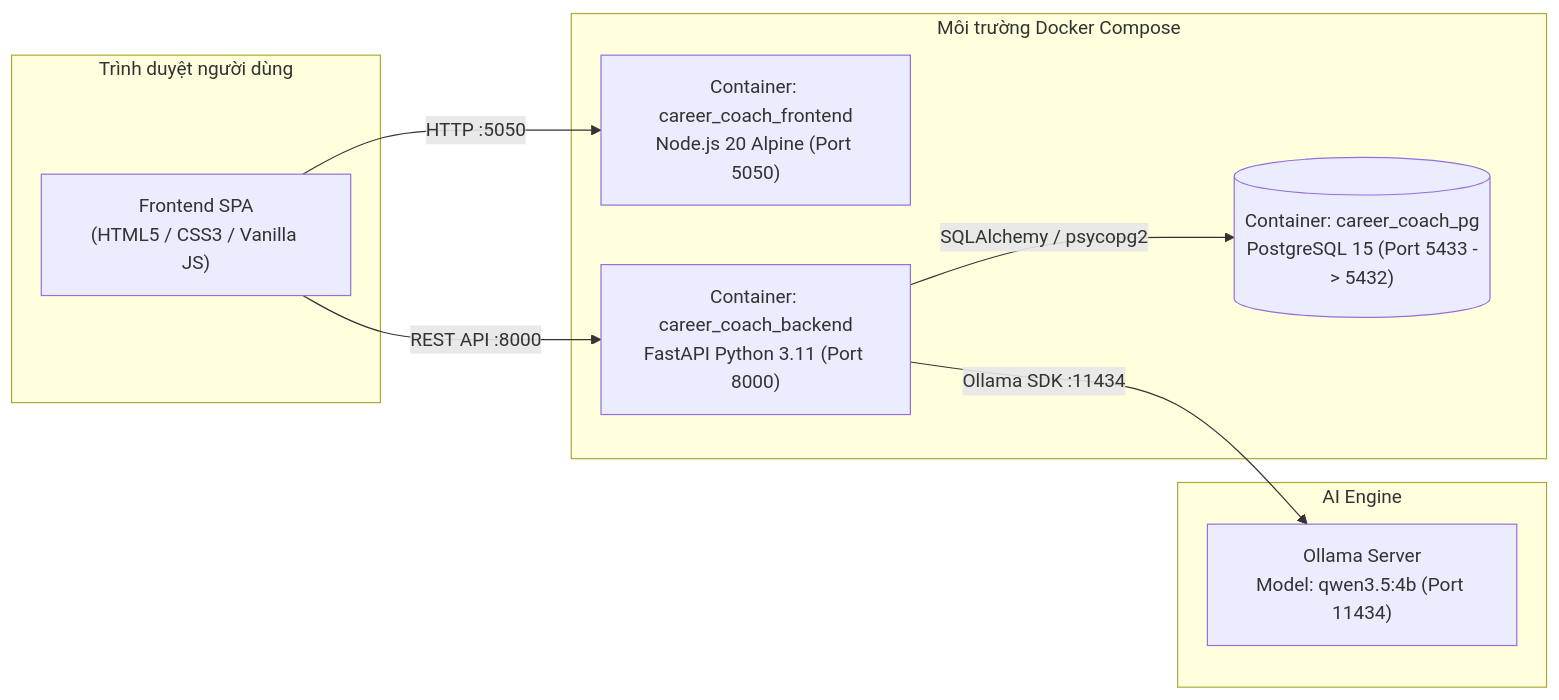
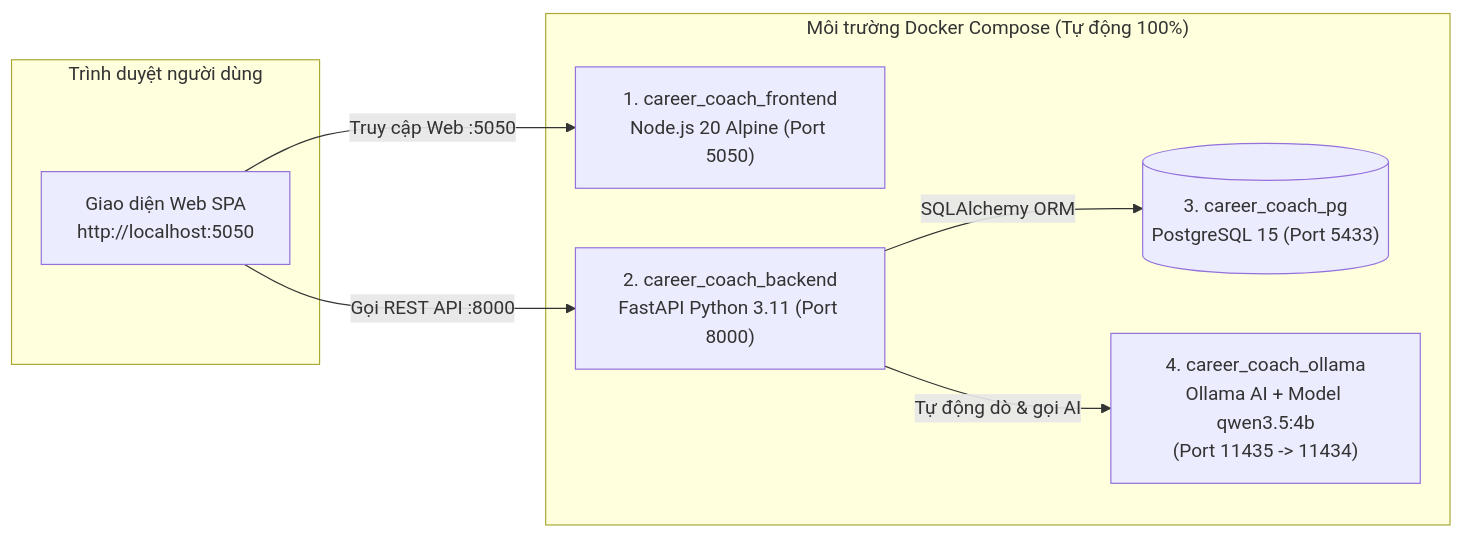
One commit to 1305Thach2006/ccccc changed the diagram in README.md. Above: the diagram before and after it, drawn with Mermaid. The commit also changed other lines of this file and 4 other files, not shown here.

````diff
--- a/README.md
+++ b/README.md
@@ -31,21 +33,18 @@
 ```mermaid
 flowchart LR
     subgraph Client["Trình duyệt người dùng"]
-        UI["Frontend SPA\n(HTML5 / CSS3 / Vanilla JS)"]
+        UI["Giao diện Web SPA\nhttp://localhost:5050"]
     end
 
-    subgraph Docker["Môi trường Docker Compose"]
-        FE["Container: career_coach_frontend\nNode.js 20 Alpine (Port 5050)"]
-        BE["Container: career_coach_backend\nFastAPI Python 3.11 (Port 8000)"]
-        DB[("Container: career_coach_pg\nPostgreSQL 15 (Port 5433 -> 5432)")]
+    subgraph Docker["Môi trường Docker Compose (Tự động 100%)"]
+        FE["1. career_coach_frontend\nNode.js 20 Alpine (Port 5050)"]
+        BE["2. career_coach_backend\nFastAPI Python 3.11 (Port 8000)"]
+        DB[("3. career_coach_pg\nPostgreSQL 15 (Port 5433)")]
+        AI["4. career_coach_ollama\nOllama AI + Model qwen3.5:4b\n(Port 11435 -> 11434)"]
     end
 
-    subgraph AI["AI Engine"]
-        OLLAMA["Ollama Server\nModel: qwen3.5:4b (Port 11434)"]
-    end
-
-    UI -->|HTTP :5050| FE
-    UI -->|REST API :8000| BE
-    BE -->|SQLAlchemy / psycopg2| DB
-    BE -->|Ollama SDK :11434| OLLAMA
+    UI -->|Truy cập Web :5050| FE
+    UI -->|Gọi REST API :8000| BE
+    BE -->|SQLAlchemy ORM| DB
+    BE -->|Tự động dò & gọi AI| AI
 ```
````
